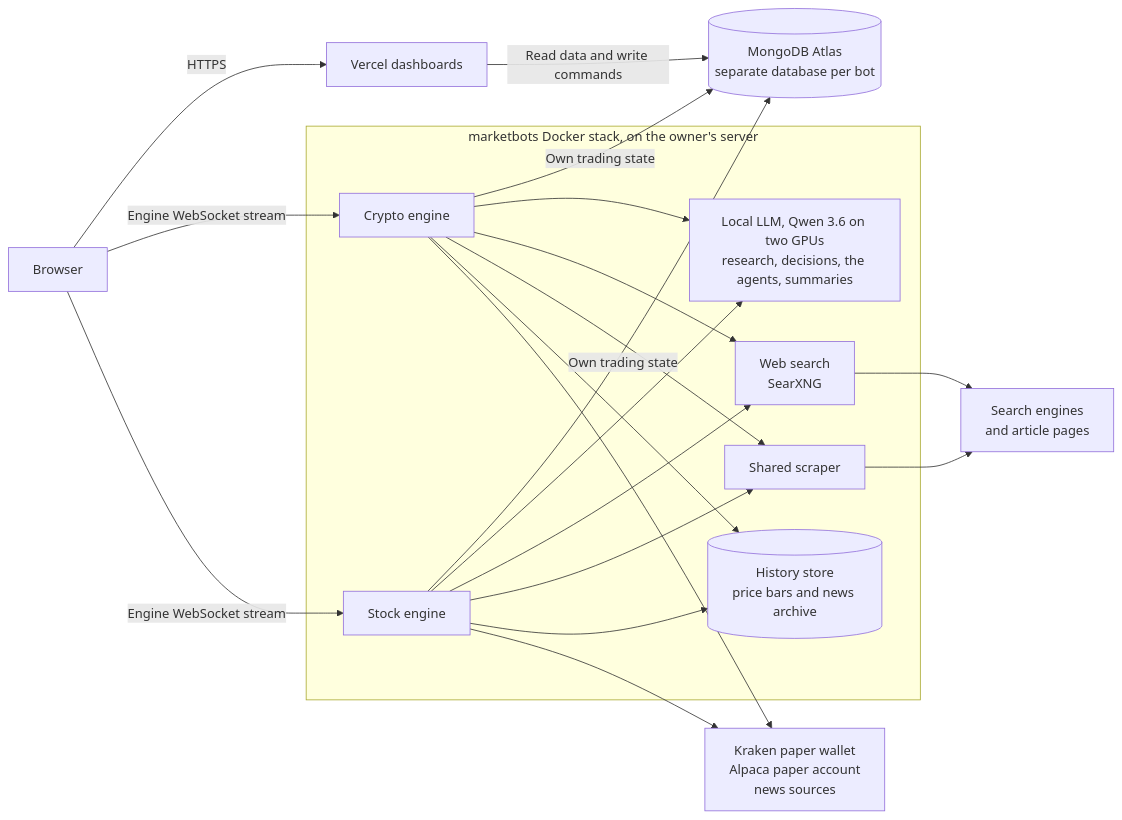
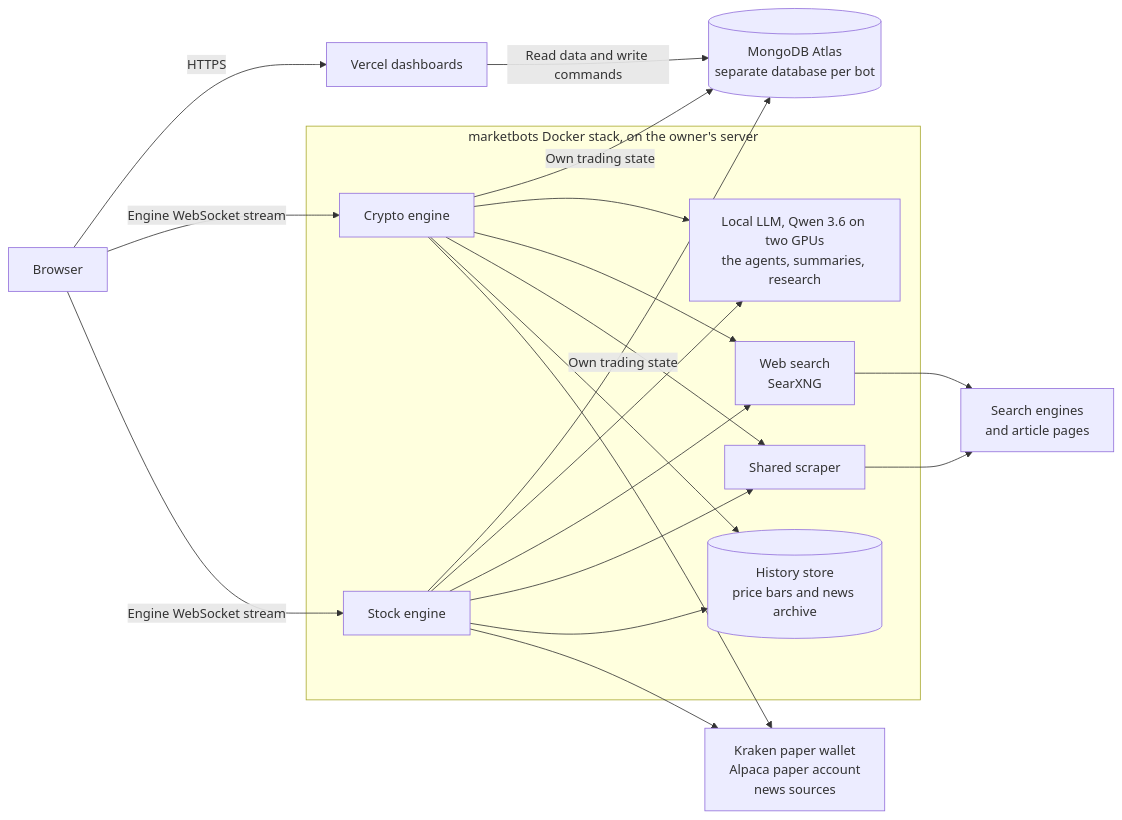
One commit to colinfran/marketbots changed the second of 2 diagrams in README.md. Above: the diagram before and after it, drawn with Mermaid. The commit also changed other lines of this file and 3 other files, not shown here.

````diff
--- a/README.md
+++ b/README.md
@@ -39,30 +38,30 @@
 ```mermaid
 flowchart LR
     browser[Browser]
     dashboards[Vercel dashboards]
     atlas[(MongoDB Atlas<br/>separate database per bot)]
     services[Kraken paper wallet<br/>Alpaca paper account<br/>news sources]
     internet[Search engines<br/>and article pages]
 
     subgraph server["marketbots Docker stack, on the owner's server"]
         crypto[Crypto engine]
         stock[Stock engine]
-        llm[Local LLM, Qwen 3.6 on two GPUs<br/>research, decisions, the agents, summaries]
+        llm[Local LLM, Qwen 3.6 on two GPUs<br/>the agents, summaries, research]
         search[Web search<br/>SearXNG]
         scraper[Shared scraper]
         history[(History store<br/>price bars and news archive)]
     end
 
     browser -->|HTTPS| dashboards
     dashboards -->|Read data and write commands| atlas
     browser -->|Engine WebSocket stream| crypto
     browser -->|Engine WebSocket stream| stock
     crypto -->|Own trading state| atlas
     stock -->|Own trading state| atlas
     crypto & stock --> llm
     crypto & stock --> search
     crypto & stock --> scraper
     crypto & stock --> history
     crypto & stock --> services
     search & scraper --> internet
 ```
````
